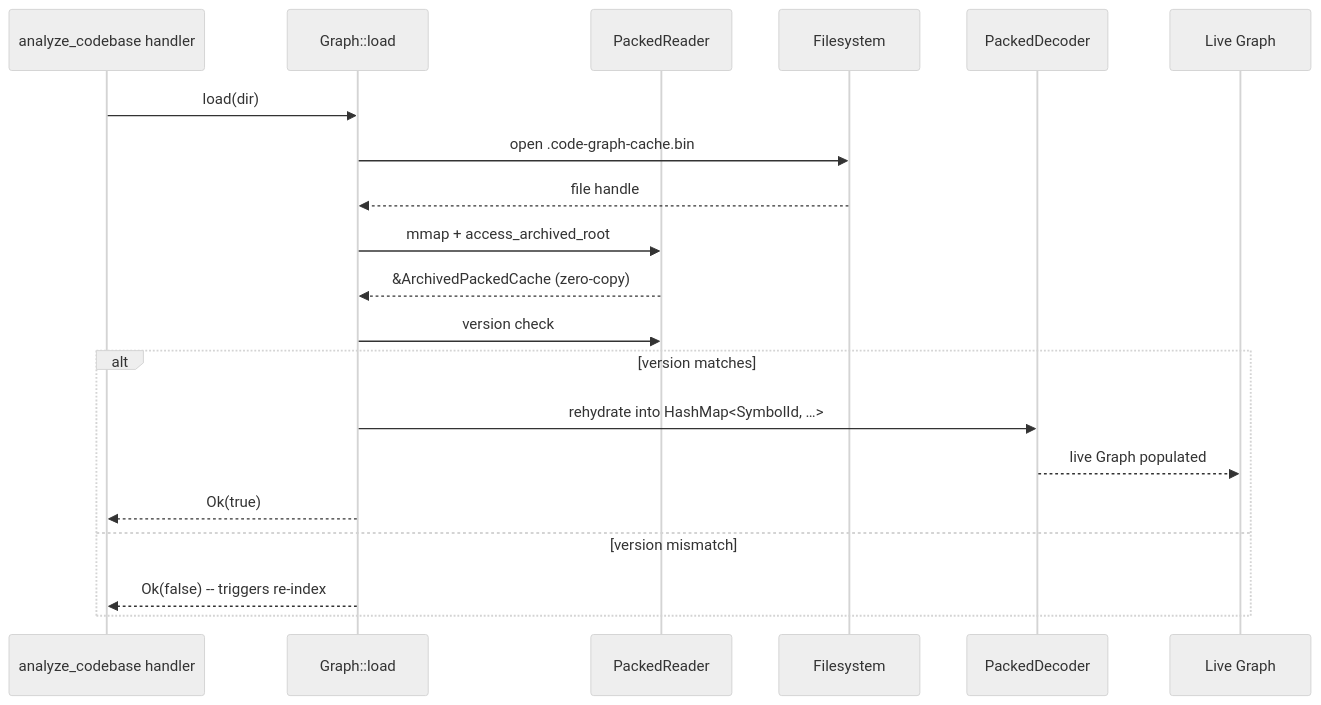
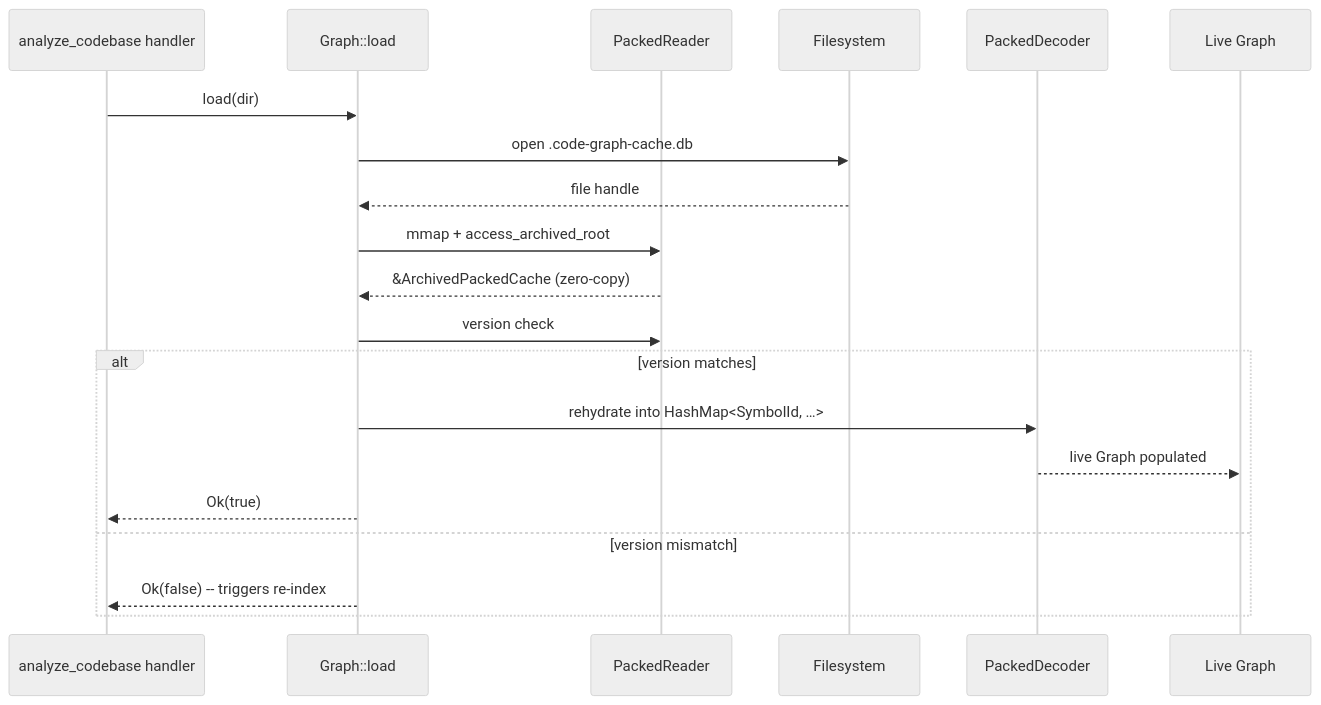
One commit to danweinerdev/code-graph-mcp changed the third of 3 diagrams in .plans/Designs/PackedCache/README.md. Above: the diagram before and after it, drawn with Mermaid (neutral theme). The commit also changed other lines of this file and 3 other files, not shown here.

````diff
--- a/.plans/Designs/PackedCache/README.md
+++ b/.plans/Designs/PackedCache/README.md
@@ -110,23 +117,23 @@
 ```mermaid
 sequenceDiagram
     participant H as analyze_codebase handler
     participant G as Graph::load
     participant R as PackedReader
     participant FS as Filesystem
     participant D as PackedDecoder
     participant Live as Live Graph
 
     H->>G: load(dir)
-    G->>FS: open .code-graph-cache.bin
+    G->>FS: open .code-graph-cache.db
     FS-->>G: file handle
     G->>R: mmap + access_archived_root
     R-->>G: &ArchivedPackedCache (zero-copy)
     G->>R: version check
     alt version matches
         G->>D: rehydrate into HashMap<SymbolId, …>
         D-->>Live: live Graph populated
         G-->>H: Ok(true)
     else version mismatch
         G-->>H: Ok(false)  -- triggers re-index
     end
 ```
````
